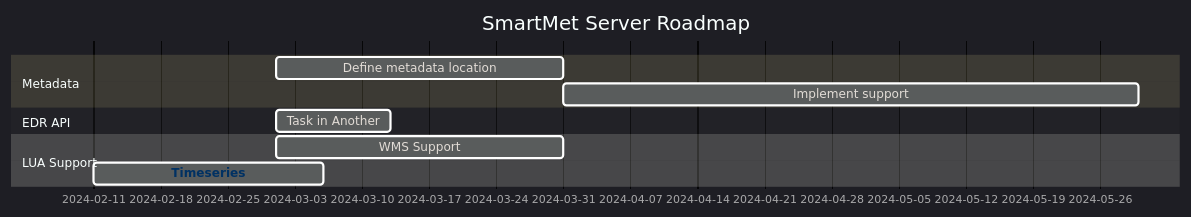
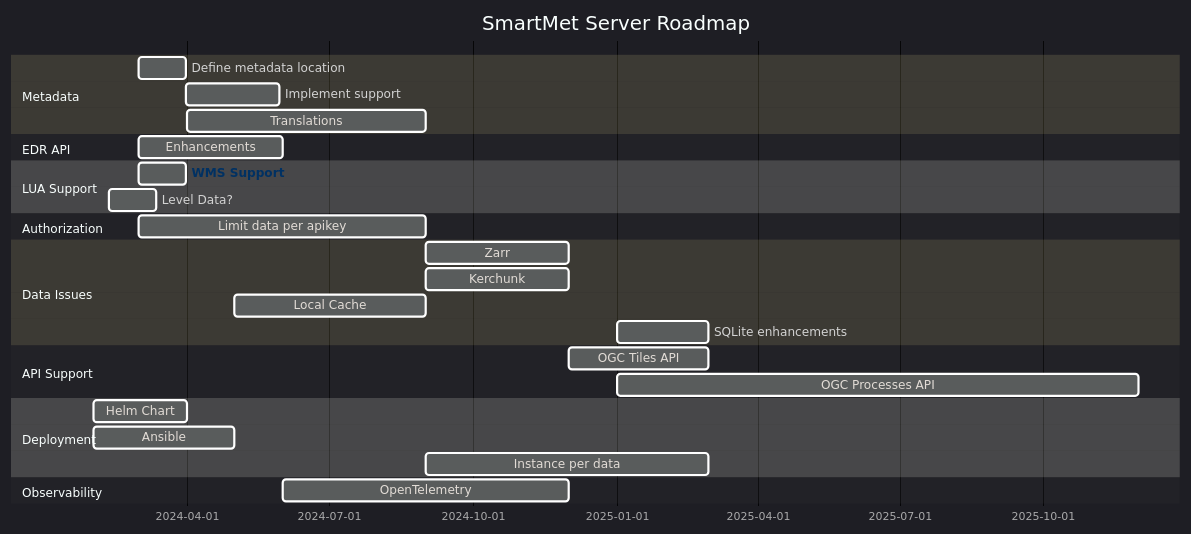
The diagram in mermaid.md (oksman/rando-solver), drawn with Mermaid before and after one commit.

````diff
--- a/mermaid.md
+++ b/mermaid.md
@@ -1,18 +1,35 @@
 ```mermaid
 %%{init: {'theme': 'dark' } }%%
 
 gantt
     title SmartMet Server Roadmap
     dateFormat YYYY-MM
     section Metadata
-        Define metadata location          :a1, 2024-03-01, 30d
-        Implement support     :after a1, 60d
+        Define metadata location :a1, 2024-03, 30d
+        Implement support :after a1, 60d
+        Translations :2024-04, 2024-09
     section EDR API
-        Task in Another :2024-03-01, 12d
+        Enhancements :2024-03, 2024-06
     section LUA Support
-        WMS Support :2024-03-01, 30d
-        Timeseries  :cl1, after WMS Support, 24d
+        WMS Support :2024-03, 30d
+        Level Data?  :after WMS Support, 30d
 
         click cl1 href "https://mermaidjs. github.io/"
+    section Authorization
+        Limit data per apikey :2024-03, 2024-09
+    section Data Issues
+        Zarr :2024-09, 2024-12
+        Kerchunk :2024-09, 2024-12
+        Local Cache :2024-05, 2024-09
+        SQLite enhancements :2025-01, 2025-03
+    section API Support
+        OGC Tiles API :2024-12, 2025-03
+        OGC Processes API :2025-01, 2025-12
+    section Deployment
+        Helm Chart :2024-02, 2024-04
+        Ansible :2024-02, 2024-05
+        Instance per data :2024-09, 2025-03
+    section Observability
+        OpenTelemetry :2024-06, 2024-12
 
 ```
````
